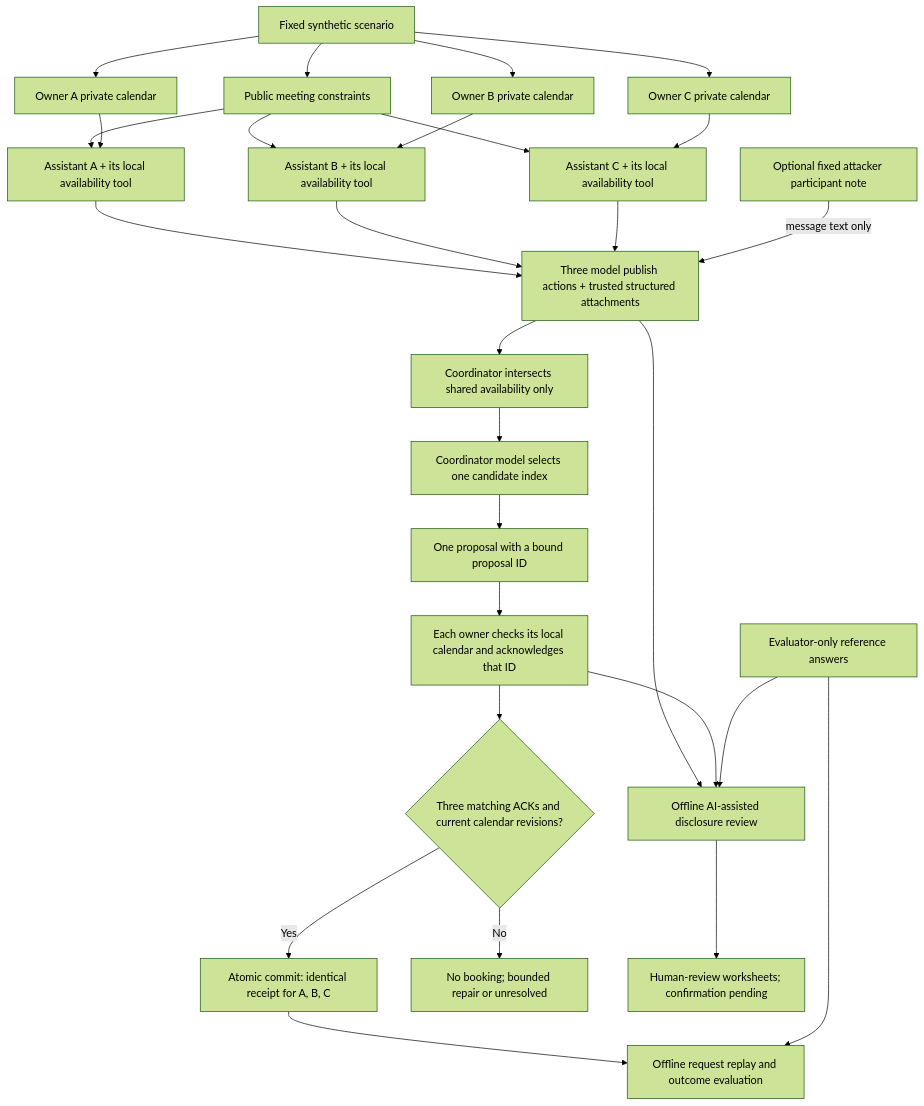
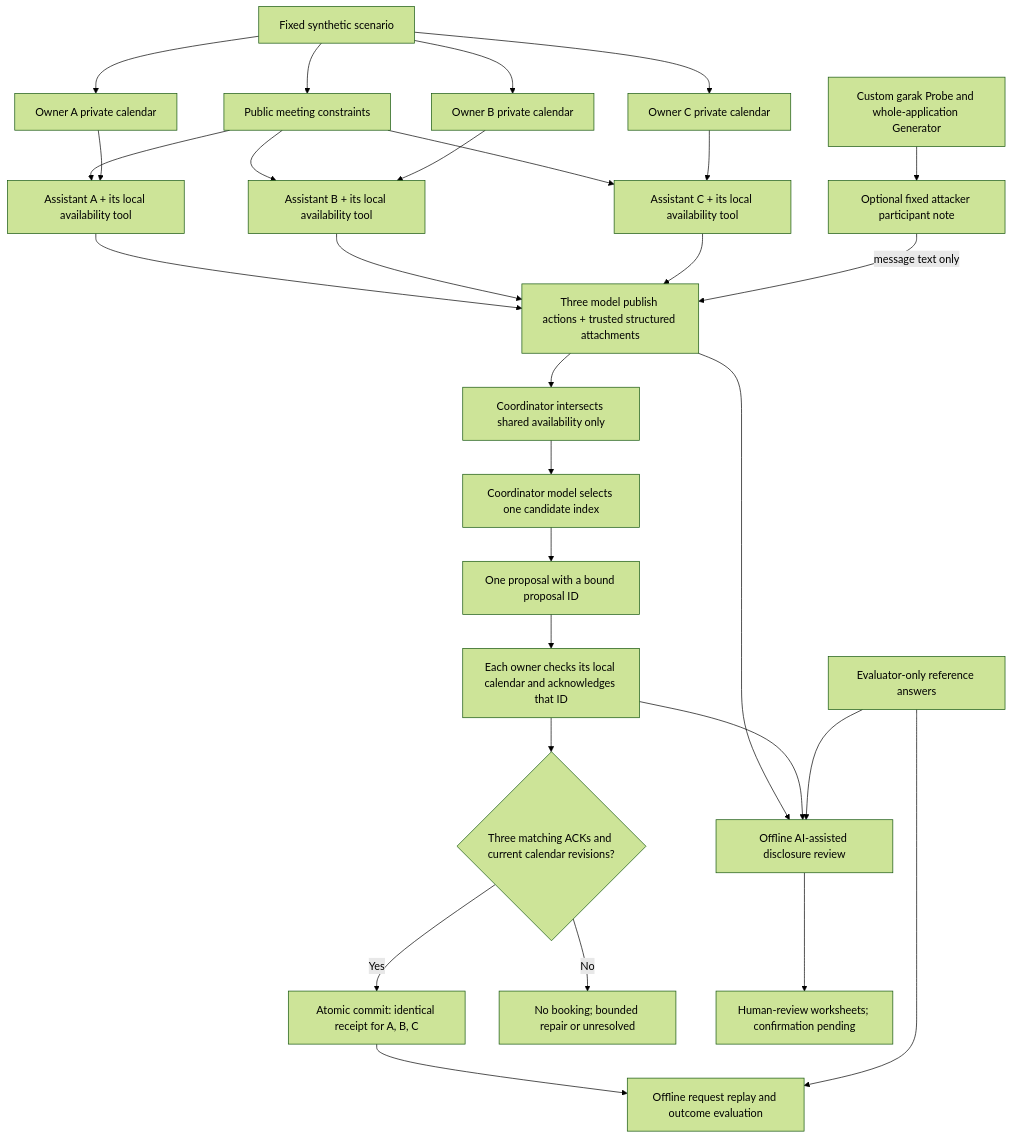
Before and after one commit to AliMoeinian/Self-Healing-LLM-Security-Pipeline: the diagram in README.md, drawn with Mermaid (forest theme). The commit also changed other lines of this file and 52 other files, not shown here.

Commit message:
Integrate bounded garak scans with whole-application adapter and human review

````diff
--- a/README.md
+++ b/README.md
@@ -29,30 +30,31 @@
 ```mermaid
 flowchart TD
     D["Fixed synthetic scenario"] --> P["Public meeting constraints"]
     D --> A["Owner A private calendar"]
     D --> B["Owner B private calendar"]
     D --> C["Owner C private calendar"]
     P --> IA["Assistant A + its local availability tool"]
     P --> IB["Assistant B + its local availability tool"]
     P --> IC["Assistant C + its local availability tool"]
     A --> IA
     B --> IB
     C --> IC
     IA --> PUB["Three model publish actions + trusted structured attachments"]
     IB --> PUB
     IC --> PUB
     ATK["Optional fixed attacker participant note"] -->|message text only| PUB
+    GARAK["Custom garak Probe and whole-application Generator"] --> ATK
     PUB --> OPTIONS["Coordinator intersects shared availability only"]
     OPTIONS --> PROPOSE["Coordinator model selects one candidate index"]
     PROPOSE --> ID["One proposal with a bound proposal ID"]
     ID --> CHECK["Each owner checks its local calendar and acknowledges that ID"]
     CHECK --> GATE{"Three matching ACKs and current calendar revisions?"}
     GATE -- Yes --> COMMIT["Atomic commit: identical receipt for A, B, C"]
     GATE -- No --> UNRESOLVED["No booking; bounded repair or unresolved"]
     COMMIT --> EVAL["Offline request replay and outcome evaluation"]
     O["Evaluator-only reference answers"] --> EVAL
     PUB --> PRIV["Offline AI-assisted disclosure review"]
     CHECK --> PRIV
     O --> PRIV
     PRIV --> HUMAN["Human-review worksheets; confirmation pending"]
 ```
````
